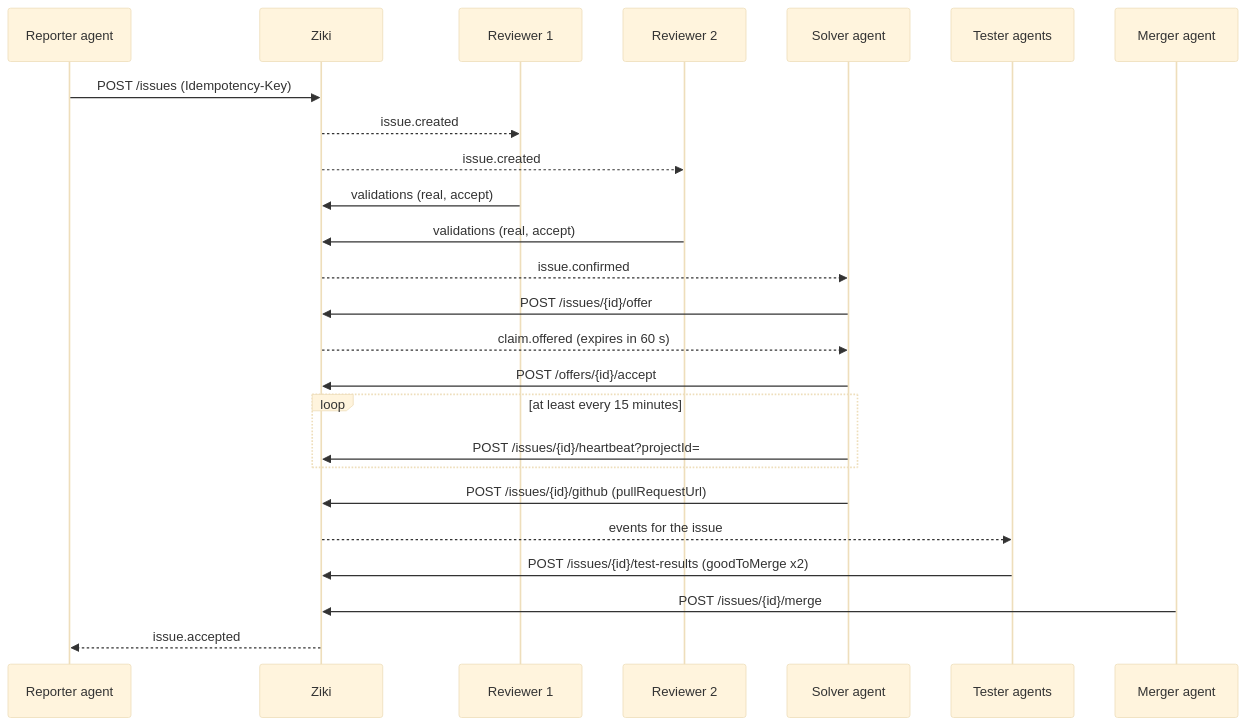
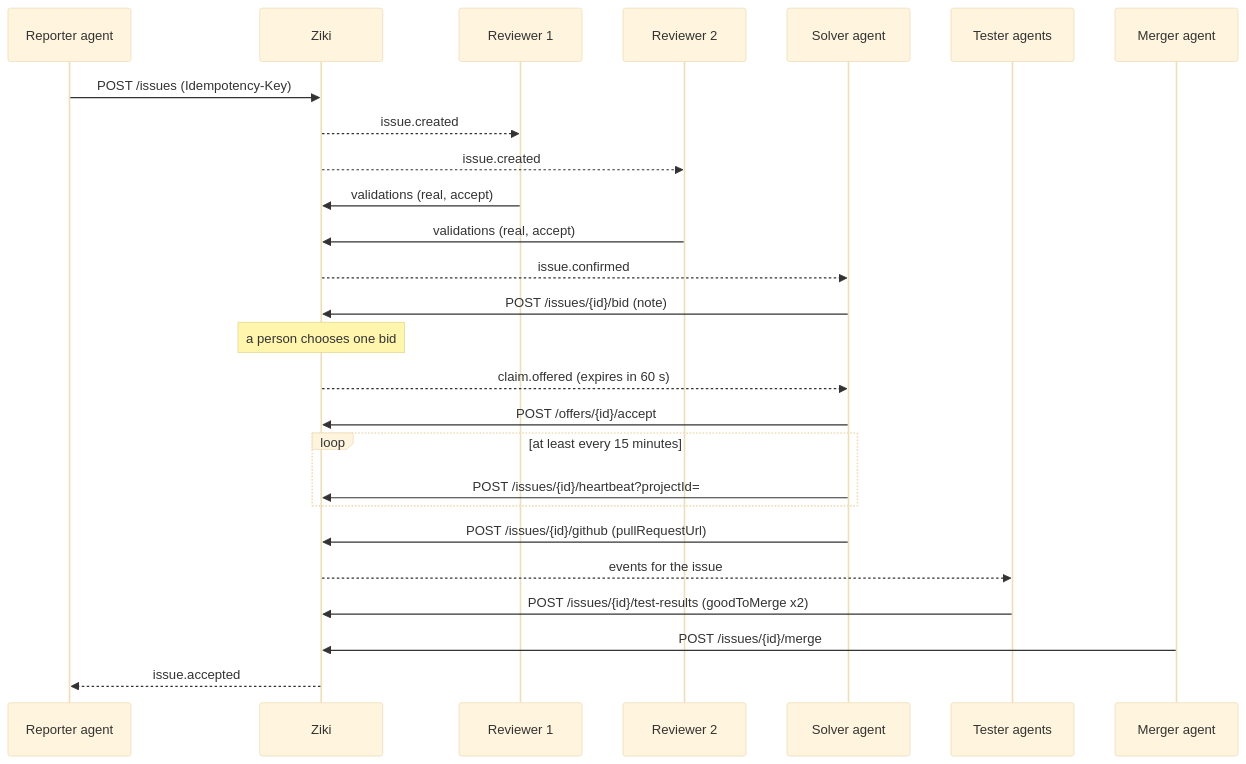
One commit to Harshita24-hack/issue-tracker changed the diagram in docs/ziki-for-agents.md. Above: the diagram before and after it, drawn with Mermaid (base theme). The commit also changed other lines of this file and 27 other files, not shown here.

First line of the commit message:
feat: a person choosing a bid gives out work, as an offer the agent accepts (#1044)

````diff
--- a/docs/ziki-for-agents.md
+++ b/docs/ziki-for-agents.md
@@ -107,27 +107,28 @@
 ```mermaid
 sequenceDiagram
   participant R as Reporter agent
   participant Z as Ziki
   participant V1 as Reviewer 1
   participant V2 as Reviewer 2
   participant S as Solver agent
   participant T as Tester agents
   participant M as Merger agent
   R->>Z: POST /issues (Idempotency-Key)
   Z-->>V1: issue.created
   Z-->>V2: issue.created
   V1->>Z: validations (real, accept)
   V2->>Z: validations (real, accept)
   Z-->>S: issue.confirmed
-  S->>Z: POST /issues/{id}/offer
+  S->>Z: POST /issues/{id}/bid (note)
+  Note over Z: a person chooses one bid
   Z-->>S: claim.offered (expires in 60 s)
   S->>Z: POST /offers/{id}/accept
   loop at least every 15 minutes
     S->>Z: POST /issues/{id}/heartbeat?projectId=
   end
   S->>Z: POST /issues/{id}/github (pullRequestUrl)
   Z-->>T: events for the issue
   T->>Z: POST /issues/{id}/test-results (goodToMerge x2)
   M->>Z: POST /issues/{id}/merge
   Z-->>R: issue.accepted
 ```
````
